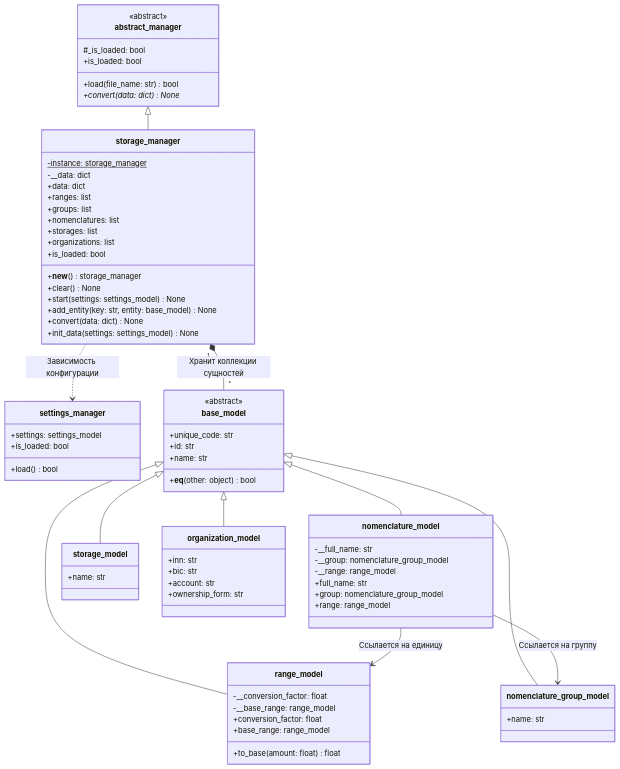
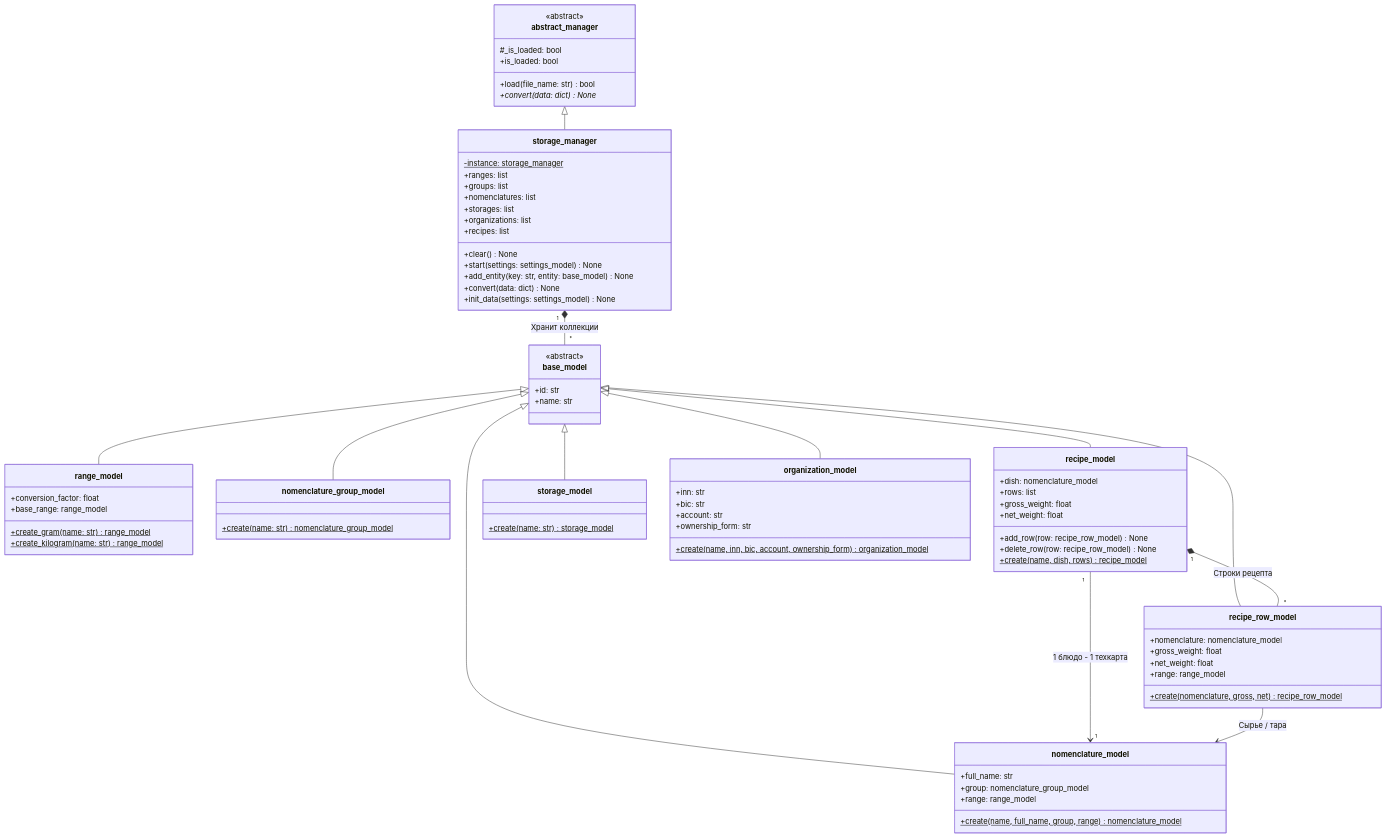
Before and after one commit to waqque/daisy: the second of 4 diagrams in Docs/Diagrams.md, drawn with Mermaid. The commit also changed other lines of this file and 14 other files, not shown here.

Commit message:
feat(recipe): implement recipe domain models, factory methods, packaging seed and UML diagrams

````diff
--- a/Docs/Diagrams.md
+++ b/Docs/Diagrams.md
@@ -91,59 +72,63 @@
 
     class storage_manager {
         -instance: storage_manager$
-        -__data: dict
-        +__new__() storage_manager
         +clear() None
         +start(settings: settings_model) None
         +add_entity(key: str, entity: base_model) None
         +convert(data: dict) None
         +init_data(settings: settings_model) None
-        +data: dict
         +ranges: list
         +groups: list
         +nomenclatures: list
         +storages: list
         +organizations: list
-        +is_loaded: bool
-    }
-
-    class settings_manager {
-        +settings: settings_model
-        +is_loaded: bool
-        +load() bool
+        +recipes: list
     }
 
     class base_model {
         <<abstract>>
-        +unique_code: str
         +id: str
         +name: str
-        +__eq__(other: object) bool
     }
 
     class range_model {
-        -__conversion_factor: float
-        -__base_range: range_model
         +conversion_factor: float
         +base_range: range_model
-        +to_base(amount: float) float
+        +create_gram(name: str)$ range_model
+        +create_kilogram(name: str)$ range_model
     }
 
     class nomenclature_group_model {
-        +name: str
+        +create(name: str)$ nomenclature_group_model
     }
 
     class nomenclature_model {
-        -__full_name: str
-        -__group: nomenclature_group_model
-        -__range: range_model
         +full_name: str
         +group: nomenclature_group_model
         +range: range_model
+        +create(name, full_name, group, range)$ nomenclature_model
+    }
+
+    class recipe_row_model {
+        +nomenclature: nomenclature_model
+        +gross_weight: float
+        +net_weight: float
+        +range: range_model
+        +create(nomenclature, gross, net)$ recipe_row_model
+    }
+
+    class recipe_model {
+        +dish: nomenclature_model
+        +rows: list
+        +gross_weight: float
+        +net_weight: float
+        +add_row(row: recipe_row_model) None
+        +delete_row(row: recipe_row_model) None
+        +create(name, dish, rows)$ recipe_model
     }
 
     class storage_model {
-        +name: str
+        +create(name: str)$ storage_model
     }
 
     class organization_model {
@@ -151,18 +136,20 @@
         +bic: str
         +account: str
         +ownership_form: str
+        +create(name, inn, bic, account, ownership_form)$ organization_model
     }
 
     abstract_manager <|-- storage_manager
-    storage_manager ..> settings_manager : Зависимость конфигурации
-
     base_model <|-- range_model
     base_model <|-- nomenclature_group_model
     base_model <|-- nomenclature_model
+    base_model <|-- recipe_row_model
+    base_model <|-- recipe_model
     base_model <|-- storage_model
     base_model <|-- organization_model
 
-    storage_manager "1" *-- "*" base_model : Хранит коллекции сущностей
-    nomenclature_model --> nomenclature_group_model : Ссылается на группу
-    nomenclature_model --> range_model : Ссылается на единицу
+    storage_manager "1" *-- "*" base_model : Хранит коллекции
+    recipe_model "1" --> "1" nomenclature_model : 1 блюдо - 1 техкарта
+    recipe_model "1" *-- "*" recipe_row_model : Строки рецепта
+    recipe_row_model --> nomenclature_model : Сырье / тара
 ```
````
